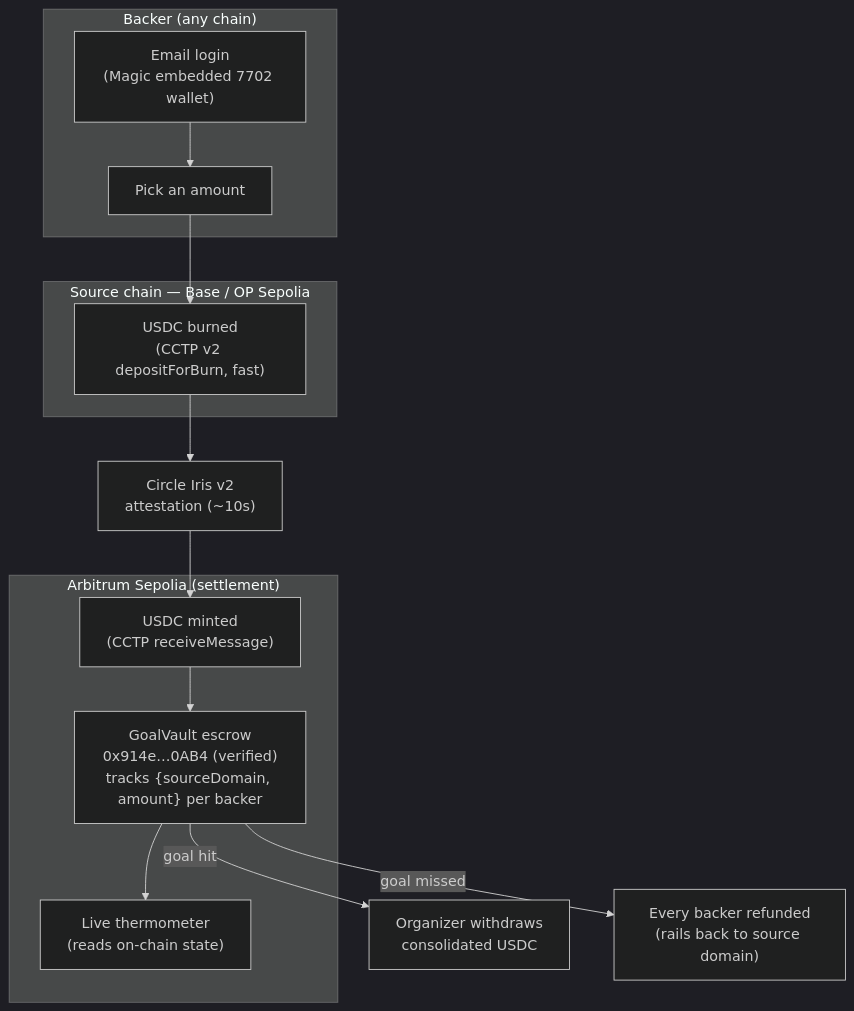
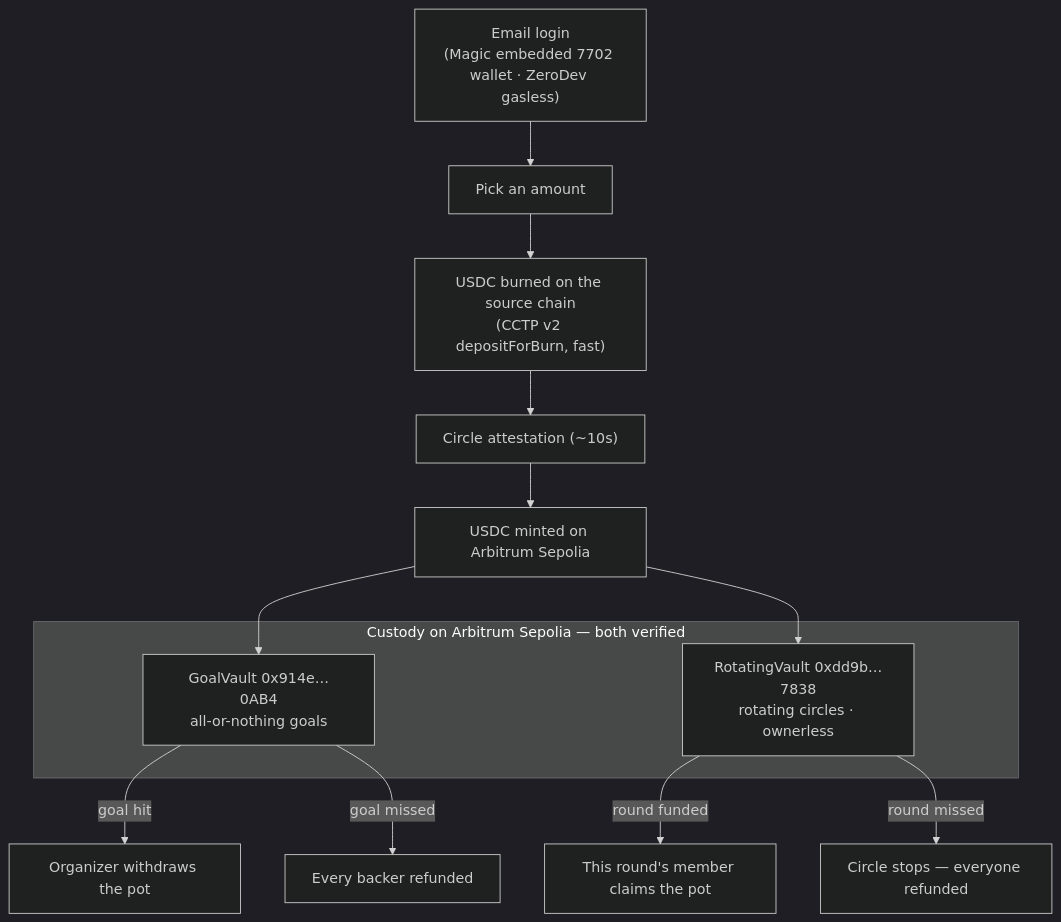
The diagram in README.md (ss251/rally), drawn with Mermaid (dark theme) before and after one commit. The commit also changed other lines of this file, not shown here.

First line of the commit message:
docs(readme): reframe around conditional group money — Goals + Circles

````diff
--- a/README.md
+++ b/README.md
@@ -48,23 +80,22 @@
 ```mermaid
 flowchart TD
-    subgraph Backer["Backer (any chain)"]
-      Email["Email login\n(Magic embedded 7702 wallet)"]
-      Amount["Pick an amount"]
+    Email["Email login\n(Magic embedded 7702 wallet · ZeroDev gasless)"]
+    Amount["Pick an amount"]
+    Burn["USDC burned on the source chain\n(CCTP v2 depositForBurn, fast)"]
+    Iris["Circle attestation (~10s)"]
+    Mint["USDC minted on Arbitrum Sepolia"]
+
+    Email --> Amount --> Burn --> Iris --> Mint
+
+    subgraph Vaults["Custody on Arbitrum Sepolia — both verified"]
+      Goal["GoalVault 0x914e…0AB4\nall-or-nothing goals"]
+      Rot["RotatingVault 0xdd9b…7838\nrotating circles · ownerless"]
     end
 
-    subgraph Source["Source chain — Base / OP Sepolia"]
-      Burn["USDC burned\n(CCTP v2 depositForBurn, fast)"]
-    end
-
-    Iris["Circle Iris v2\nattestation (~10s)"]
-
-    subgraph Arb["Arbitrum Sepolia (settlement)"]
-      Mint["USDC minted\n(CCTP receiveMessage)"]
-      Vault["GoalVault escrow\n0x914e…0AB4 (verified)\ntracks {sourceDomain, amount} per backer"]
-      Bar["Live thermometer\n(reads on-chain state)"]
-    end
-
-    Email --> Amount --> Burn --> Iris --> Mint --> Vault --> Bar
-    Vault -->|goal hit| Withdraw["Organizer withdraws\nconsolidated USDC"]
-    Vault -->|goal missed| Refund["Every backer refunded\n(rails back to source domain)"]
+    Mint --> Goal
+    Mint --> Rot
+    Goal -->|goal hit| Payout["Organizer withdraws the pot"]
+    Goal -->|goal missed| RefundG["Every backer refunded"]
+    Rot -->|round funded| Pot["This round's member claims the pot"]
+    Rot -->|round missed| RefundC["Circle stops — everyone refunded"]
 ```
````
